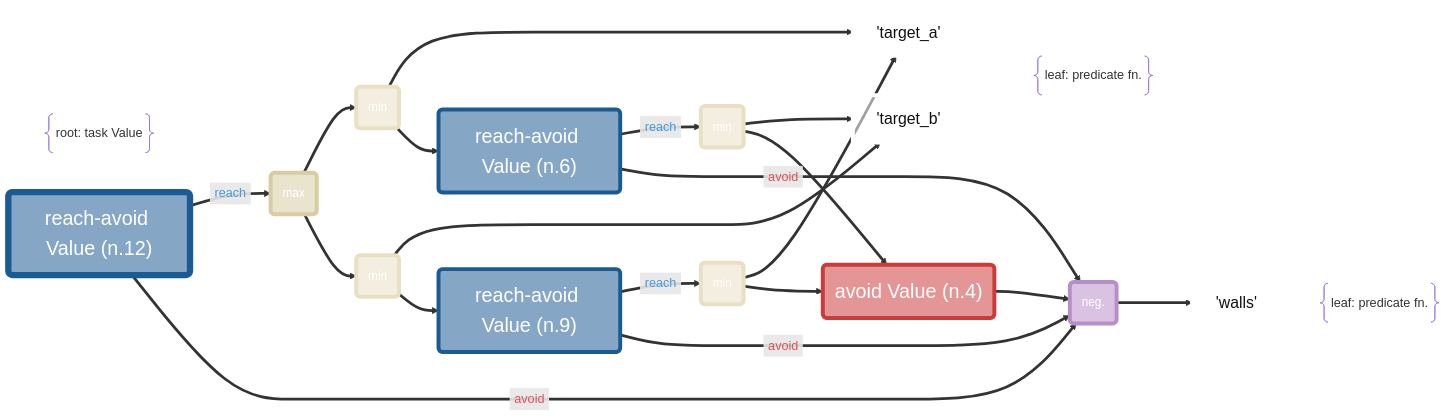
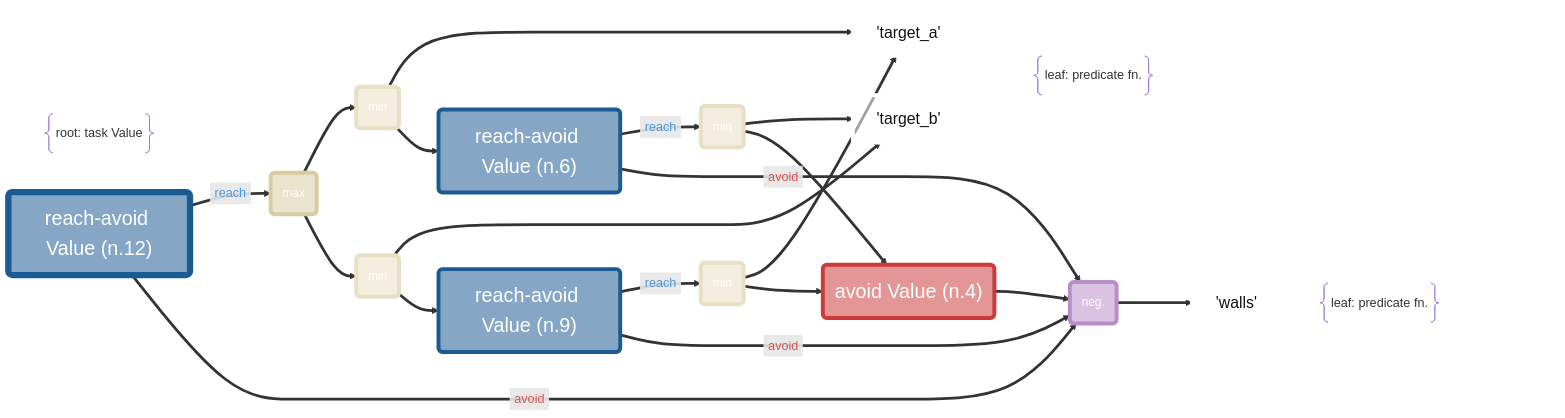
The diagram in README.md (willsharpless/valtr), drawn with Mermaid before and after one commit.

Commit message:
still trying

````diff
--- a/README.md
+++ b/README.md
@@ -10,74 +10,76 @@
 ```mermaid
 %%{init: {"theme":"base","htmlLabels":true,"flowchart":{"padding":8,"diagramPadding":48},"themeVariables":{"background":"#FFFFFF00","fontFamily":"JetBrains Mono, Roboto Mono, Menlo, Consolas, monospace","edgeLabelBackground":"#FFFFFF","lineColor":"#2c3e50","defaultLinkColor":"#2c3e50"},"themeCSS":".edgeLabel rect { fill: #FFFFFF !important; stroke: #2c3e50 !important; stroke-width: 1px !important; rx: 999px; ry: 999px; } .edgeLabel span, .edgeLabel p { background: transparent !important; } .edgeLabel foreignObject { background: transparent !important; } .labelBkg { fill: #FFFFFF !important; } .flowchart-link, .edgePath path, .edge-thickness-normal, .edge-thickness-thick { stroke: #2c3e50 !important; stroke-width: 2.25px !important; fill: none !important; } .arrowheadPath { stroke: #2c3e50 !important; stroke-width: 2.25px !important; fill: #2c3e50 !important; } svg { background-color: transparent; }"}%%
 flowchart LR
     n14@{ shape: braces, label: "root: task Value" }
     n0@{ shape: rectangle, label: "'target_a'" }
     n1@{ shape: rectangle, label: "'target_b'" }
     n2@{ shape: rectangle, label: "'walls'" }
     n3@{ shape: rounded, label: "neg." }
     n4@{ shape: rounded, label: "avoid Value (n.4)" }
     n5@{ shape: rounded, label: "min" }
     n6@{ shape: rounded, label: "reach-avoid Value (n.6)" }
     n7@{ shape: rounded, label: "min" }
     n8@{ shape: rounded, label: "min" }
     n9@{ shape: rounded, label: "reach-avoid Value (n.9)" }
     n10@{ shape: rounded, label: "min" }
     n11@{ shape: rounded, label: "max" }
     n12@{ shape: rounded, label: "reach-avoid Value (n.12)" }
     n15@{ shape: braces, label: "leaf: predicate fn." }
     n18@{ shape: braces, label: "leaf: predicate fn." }
     n16@{ shape: braces, label: "" }
     n17@{ shape: braces, label: "" }
     n20@{ shape: braces, label: "" }
     n3 ==> n2
     n4 ==> n3
     n5 ==> n1
     n5 ==> n4
     n6 ==>|<span style="display:inline-block;padding:2px 6px;border-radius:999px;background:#FFFFFFF5;border:1px solid #86AECBF5;color:#4698E0 !important;opacity:1;">reach</span>| n5
     n6 ==>|<span style="display:inline-block;padding:2px 6px;border-radius:999px;background:#F7DDDDF5;border:1px solid #D99898F5;color:#D95454 !important;opacity:1;">avoid</span>| n3
     n7 ==> n0
     n7 ==> n6
     n8 ==> n0
     n8 ==> n4
     n9 ==>|<span style="display:inline-block;padding:2px 6px;border-radius:999px;background:#FFFFFFF5;border:1px solid #86AECBF5;color:#4698E0 !important;opacity:1;">reach</span>| n8
     n9 ==>|<span style="display:inline-block;padding:2px 6px;border-radius:999px;background:#F7DDDDF5;border:1px solid #D99898F5;color:#D95454 !important;opacity:1;">avoid</span>| n3
     n10 ==> n1
     n10 ==> n9
     n11 ==> n7
     n11 ==> n10
     n12 ==>|<span style="display:inline-block;padding:2px 6px;border-radius:999px;background:#FFFFFFF5;border:1px solid #86AECBF5;color:#4698E0 !important;opacity:1;">reach</span>| n11
     n12 ==>|<span style="display:inline-block;padding:2px 6px;border-radius:999px;background:#F7DDDDF5;border:1px solid #D99898F5;color:#D95454 !important;opacity:1;">avoid</span>| n3
     n0 ~~~ n15
     n1 ~~~ n15
     n2 ~~~ n18
+    n18 ~~~ n20
+    n20 ~~~ n20
     class n0 var;
     class n1 var;
     class n2 var;
     class n3 negate;
     class n4 avoid;
     class n5 min;
     class n6 reachavoid;
     class n7 min;
     class n8 min;
     class n9 reachavoid;
     class n10 min;
     class n11 max;
     class n12 reachavoid;
     class n17 hidden
     class n16 hidden
     class n20 hidden
     class n21 hidden
     class n22 hidden
     classDef const fill:#95a5a688,stroke:#95a5a6,color:#111111,stroke-width:5px,font-size:25px;
     classDef var fill:#FFFFFF88,stroke:#FFFFFF,color:#111111,stroke-width:5px,font-size:20px;
     classDef min fill:#E9E0C488,stroke:#E9E0C4,color:#FFFFFF,stroke-width:5px,font-size:15px;
     classDef max fill:#D8CCA388,stroke:#D8CCA3,color:#FFFFFF,stroke-width:5px,font-size:15px;
     classDef reachavoid fill:#1B5B9388,stroke:#1B5B93,color:#FFFFFF,stroke-width:5px,font-size:25px;
     classDef avoid fill:#CD3A3A88,stroke:#CD3A3A,color:#FFFFFF,stroke-width:5px,font-size:25px;
     classDef reach fill:#1B5B9388,stroke:#1B5B93,color:#FFFFFF,stroke-width:5px,font-size:25px;
     classDef gu fill:#3AA65588,stroke:#3AA655,color:#111111,stroke-width:5px,font-size:25px;
     classDef gumin fill:#3AA65588,stroke:#3AA655,color:#111111,stroke-width:5px,font-size:25px;
     classDef negate fill:#B98EC888,stroke:#B98EC8,color:#FFFFFF,stroke-width:5px,font-size:15px;
     classDef hidden display: none;
     style n12 stroke:#1B5B93,stroke-width:8px;
 ```
````
